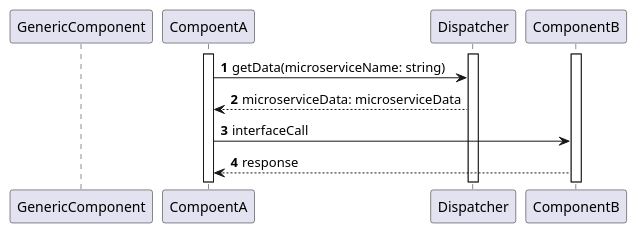
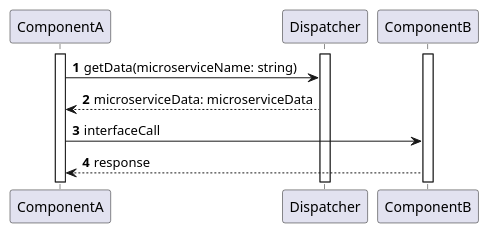
Before and after one commit to Angelo7672/SE2_Requirement-and-Design-Document: the diagram in _DD/Images/sequenceDiagrams/dispatcherSequenceDiagram.wsd, drawn with PlantUML. The commit also changed 2 other files, not shown here.

Commit message:
component digram fix

```diff
--- a/_DD/Images/sequenceDiagrams/dispatcherSequenceDiagram.wsd
+++ b/_DD/Images/sequenceDiagrams/dispatcherSequenceDiagram.wsd
@@ -1,18 +1,17 @@
 @startuml
 
 autonumber
-participant GenericComponent as C
-participant CompoentA as A
+participant ComponentA as A
 participant Dispatcher as D
 participant ComponentB as B
 
 activate A
 activate B
 activate D
 
 A -> D: getData(microserviceName: string)
 D --> A: microserviceData: microserviceData
 A -> B: interfaceCall
 B --> A: response
 
 @enduml
```
